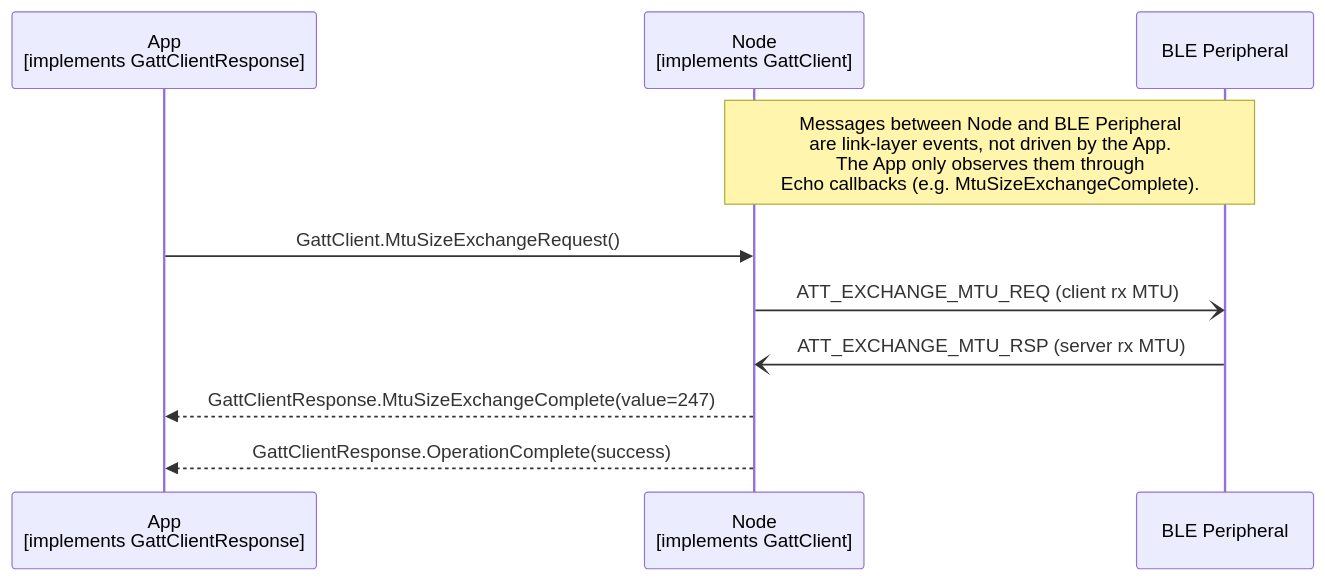
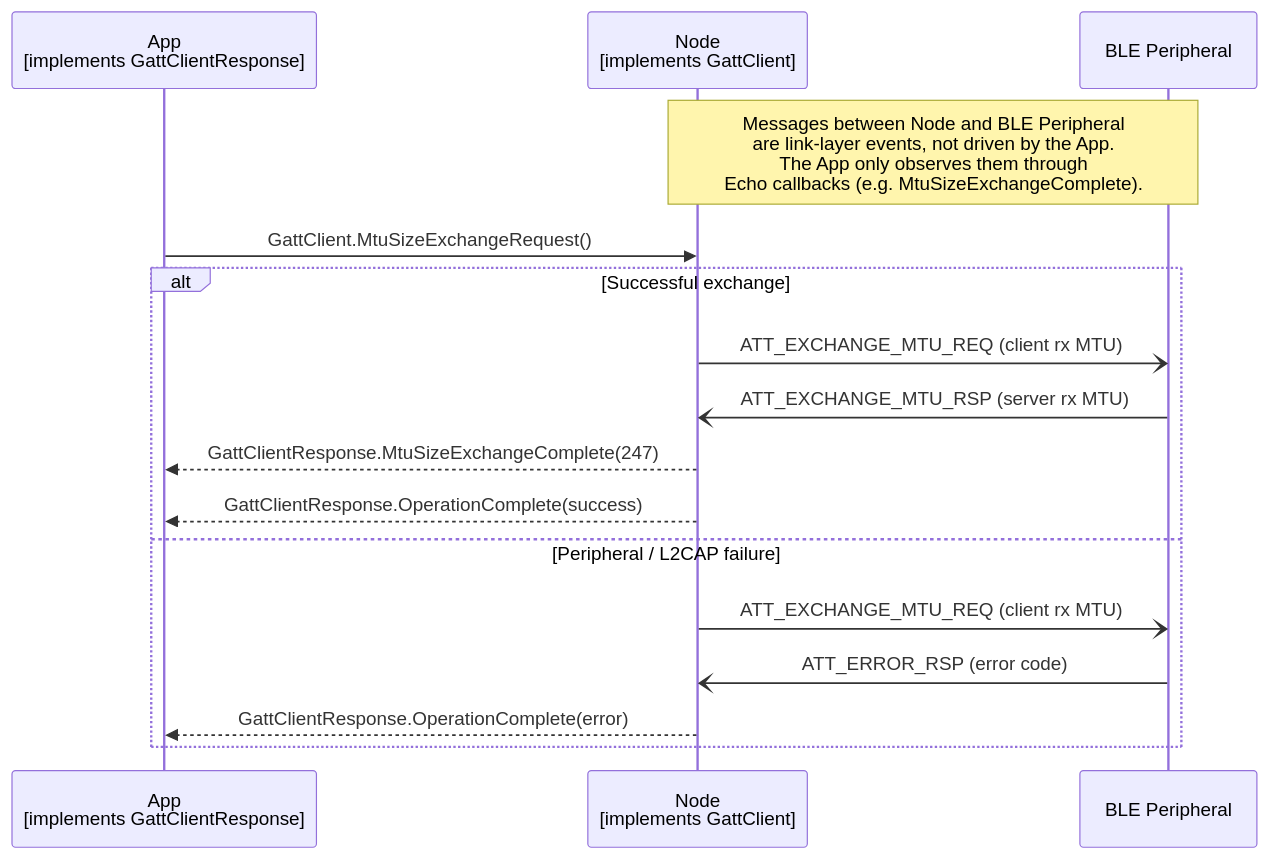
One commit to philips-software/amp-embedded-infra-lib changed the diagram in documents/modules/ROOT/partials/echoservices/gatt_client/GattClient_MtuSizeExchangeRequest_sequence.mmd. Above: the diagram before and after it, drawn with Mermaid. The commit also changed 14 other files, not shown here.

```diff
--- a/documents/modules/ROOT/partials/echoservices/gatt_client/GattClient_MtuSizeExchangeRequest_sequence.mmd
+++ b/documents/modules/ROOT/partials/echoservices/gatt_client/GattClient_MtuSizeExchangeRequest_sequence.mmd
@@ -1,12 +1,19 @@
 sequenceDiagram
     participant App as App<br>[implements GattClientResponse]
     participant Node as Node<br>[implements GattClient]
     participant Peripheral as BLE Peripheral
 
     Note over Node, Peripheral: Messages between Node and BLE Peripheral<br>are link-layer events, not driven by the App.<br>The App only observes them through<br>Echo callbacks (e.g. MtuSizeExchangeComplete).
 
     App->>Node: GattClient.MtuSizeExchangeRequest()
-    Node-)Peripheral: ATT_EXCHANGE_MTU_REQ (client rx MTU)
-    Peripheral-)Node: ATT_EXCHANGE_MTU_RSP (server rx MTU)
-    Node-->>App: GattClientResponse.MtuSizeExchangeComplete(value=247)
-    Node-->>App: GattClientResponse.OperationComplete(success)
+
+    alt Successful exchange
+        Node-)Peripheral: ATT_EXCHANGE_MTU_REQ (client rx MTU)
+        Peripheral-)Node: ATT_EXCHANGE_MTU_RSP (server rx MTU)
+        Node-->>App: GattClientResponse.MtuSizeExchangeComplete(247)
+        Node-->>App: GattClientResponse.OperationComplete(success)
+    else Peripheral / L2CAP failure
+        Node-)Peripheral: ATT_EXCHANGE_MTU_REQ (client rx MTU)
+        Peripheral-)Node: ATT_ERROR_RSP (error code)
+        Node-->>App: GattClientResponse.OperationComplete(error)
+    end
```
